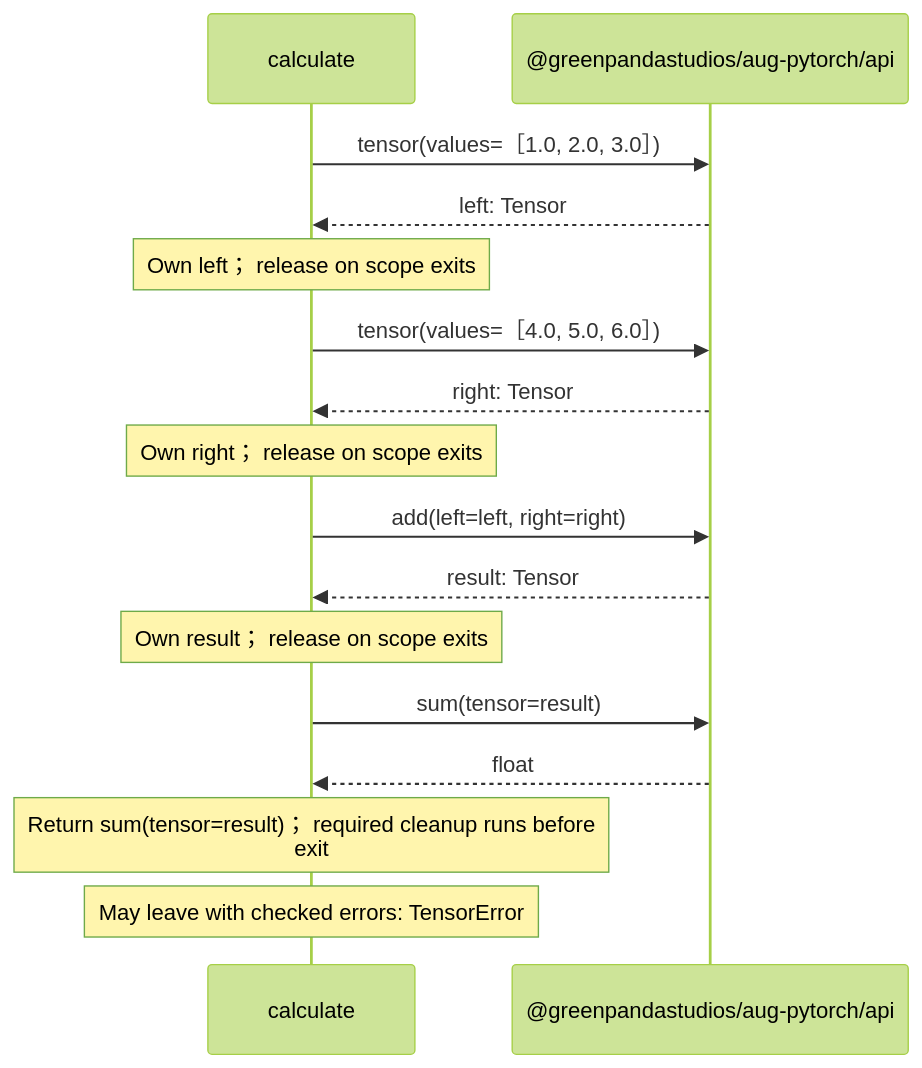
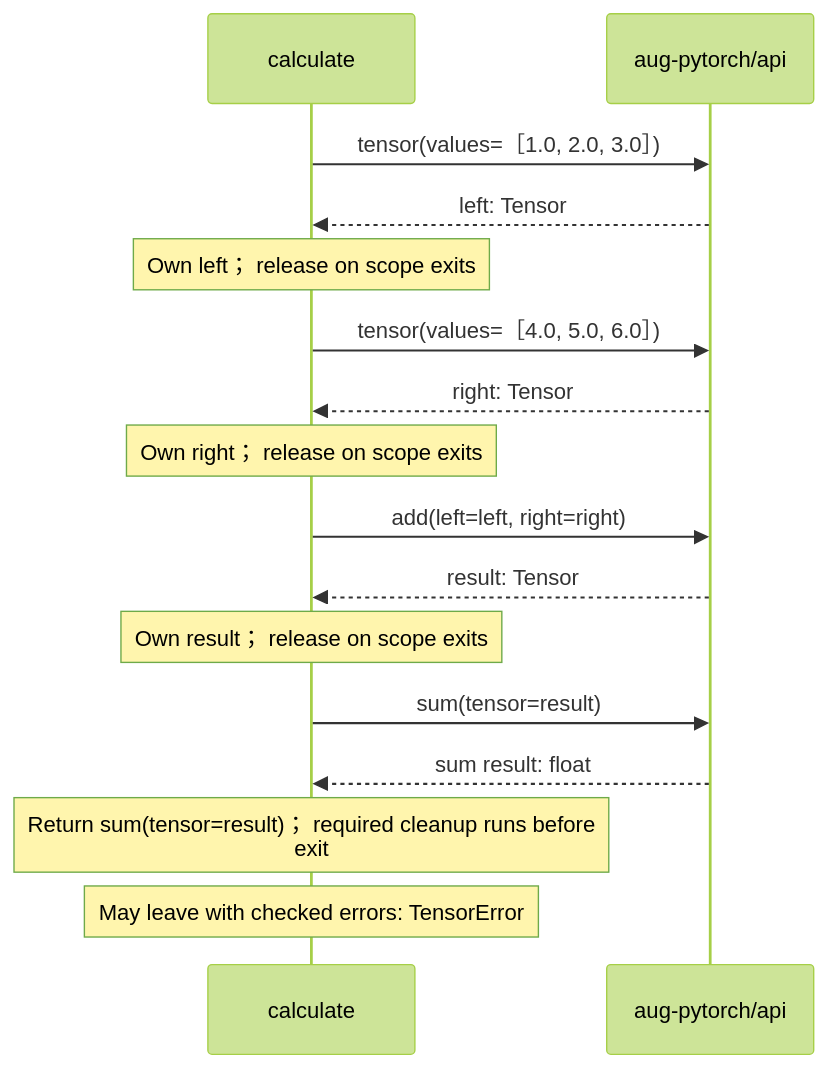
Before and after one commit to GreenPandaStudios/augscript: the diagram in docs/examples/native-pytorch/tensors-diagrams.md, drawn with Mermaid (forest theme). The commit also changed other lines of this file and 304 other files, not shown here.

Commit message:
Make generated data-flow sequences concise and review every diagram

````diff
--- a/docs/examples/native-pytorch/tensors-diagrams.md
+++ b/docs/examples/native-pytorch/tensors-diagrams.md
@@ -50,18 +28,18 @@
 ```mermaid
 sequenceDiagram
     participant p0 as calculate
-    participant p1 as @greenpandastudios/aug-pytorch/api
+    participant p1 as aug-pytorch/api
     p0->>p1: tensor(values=［1.0, 2.0, 3.0］)
     p1-->>p0: left: Tensor
     Note over p0: Own left； release on scope exits
     p0->>p1: tensor(values=［4.0, 5.0, 6.0］)
     p1-->>p0: right: Tensor
     Note over p0: Own right； release on scope exits
     p0->>p1: add(left=left, right=right)
     p1-->>p0: result: Tensor
     Note over p0: Own result； release on scope exits
     p0->>p1: sum(tensor=result)
-    p1-->>p0: float
+    p1-->>p0: sum result: float
     Note over p0: Return sum(tensor=result)； required cleanup runs before<br/>exit
     Note over p0: May leave with checked errors: TensorError
 ```
````
